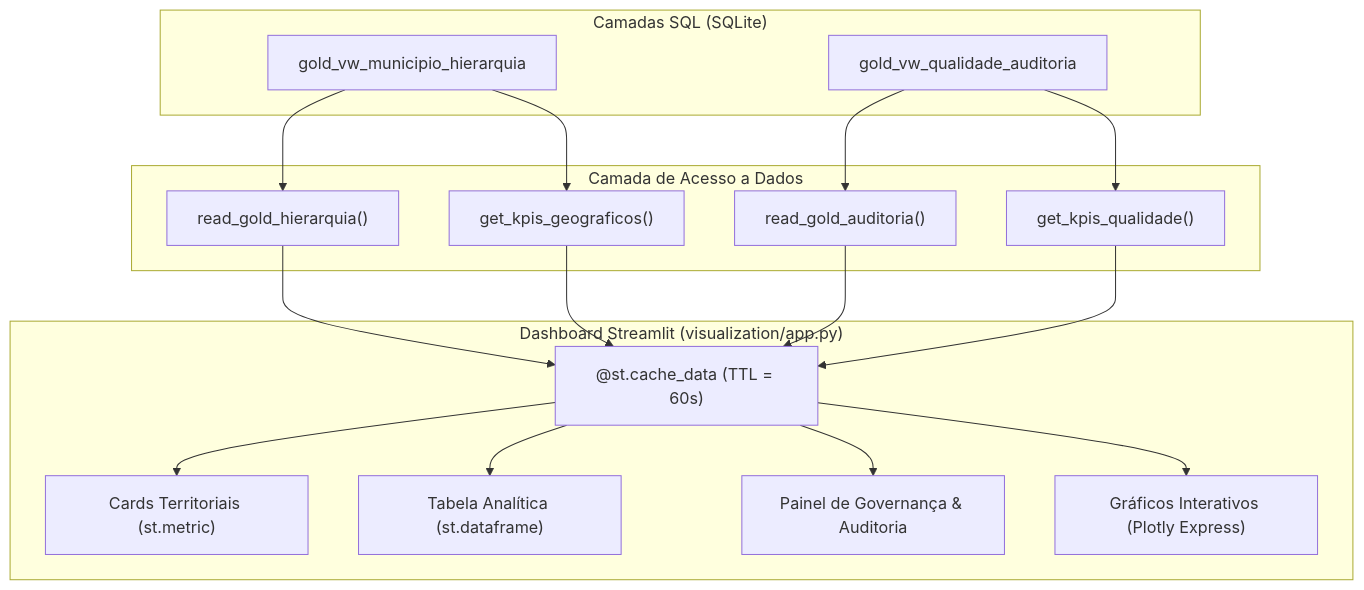
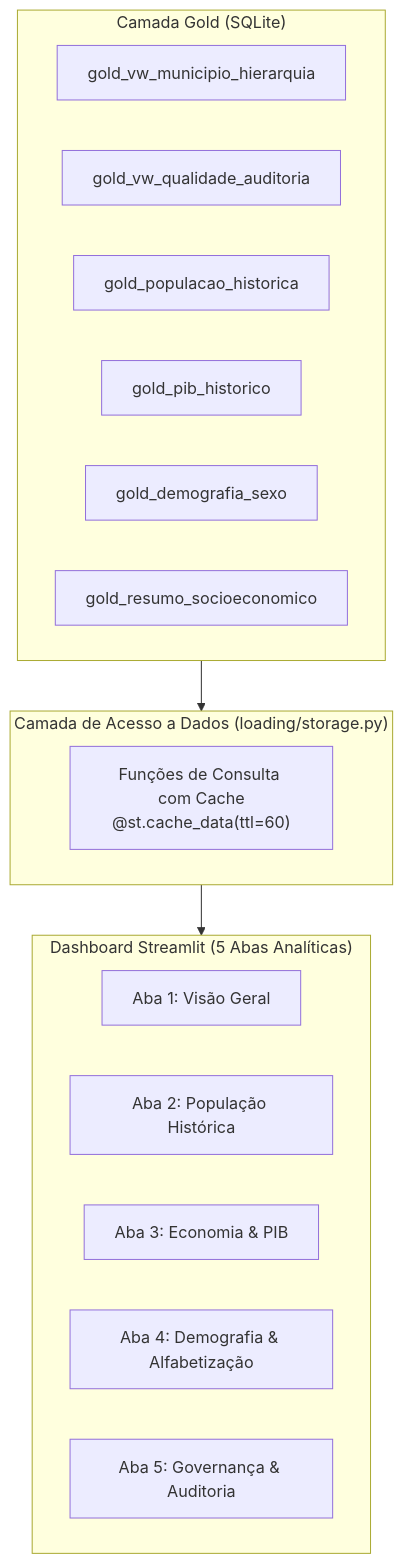
Before and after one commit to Jonesbastos/IBGE_MAUA: the diagram in docs/dashboard.md, drawn with Mermaid. The commit also changed other lines of this file and 8 other files, not shown here.

````diff
--- a/docs/dashboard.md
+++ b/docs/dashboard.md
@@ -13,30 +16,25 @@
 ```mermaid
 flowchart TD
-    subgraph Storage ["Camadas SQL (SQLite)"]
-        GoldHierarquia["gold_vw_municipio_hierarquia"]
-        GoldAuditoria["gold_vw_qualidade_auditoria"]
+    subgraph Storage ["Camada Gold (SQLite)"]
+        G_HIER["gold_vw_municipio_hierarquia"]
+        G_AUD["gold_vw_qualidade_auditoria"]
+        G_POP["gold_populacao_historica"]
+        G_PIB["gold_pib_historico"]
+        G_DEMO["gold_demografia_sexo"]
+        G_RES["gold_resumo_socioeconomico"]
     end
 
-    subgraph DataAccess ["Camada de Acesso a Dados"]
-        FnHierarquia["read_gold_hierarquia()"]
-        FnAuditoria["read_gold_auditoria()"]
-        FnKPIsGeo["get_kpis_geograficos()"]
-        FnKPIsDQ["get_kpis_qualidade()"]
+    subgraph DataAccess ["Camada de Acesso a Dados (loading/storage.py)"]
+        FnLoads["Funções de Consulta com Cache<br>@st.cache_data(ttl=60)"]
     end
 
-    subgraph StreamlitApp ["Dashboard Streamlit (visualization/app.py)"]
-        Cache["@st.cache_data (TTL = 60s)"]
-        Cards["Cards Territoriais (st.metric)"]
-        Tabela["Tabela Analítica (st.dataframe)"]
-        Gov["Painel de Governança & Auditoria"]
-        Plots["Gráficos Interativos (Plotly Express)"]
+    subgraph Tabs ["Dashboard Streamlit (5 Abas Analíticas)"]
+        Tab1["Aba 1: Visão Geral"]
+        Tab2["Aba 2: População Histórica"]
+        Tab3["Aba 3: Economia & PIB"]
+        Tab4["Aba 4: Demografia & Alfabetização"]
+        Tab5["Aba 5: Governança & Auditoria"]
     end
 
-    GoldHierarquia --> FnHierarquia & FnKPIsGeo
-    GoldAuditoria --> FnAuditoria & FnKPIsDQ
-
-    FnHierarquia & FnKPIsGeo --> Cache
-    FnAuditoria & FnKPIsDQ --> Cache
-
-    Cache --> Cards & Tabela & Gov & Plots
+    Storage --> DataAccess --> Tabs
 ```
````
